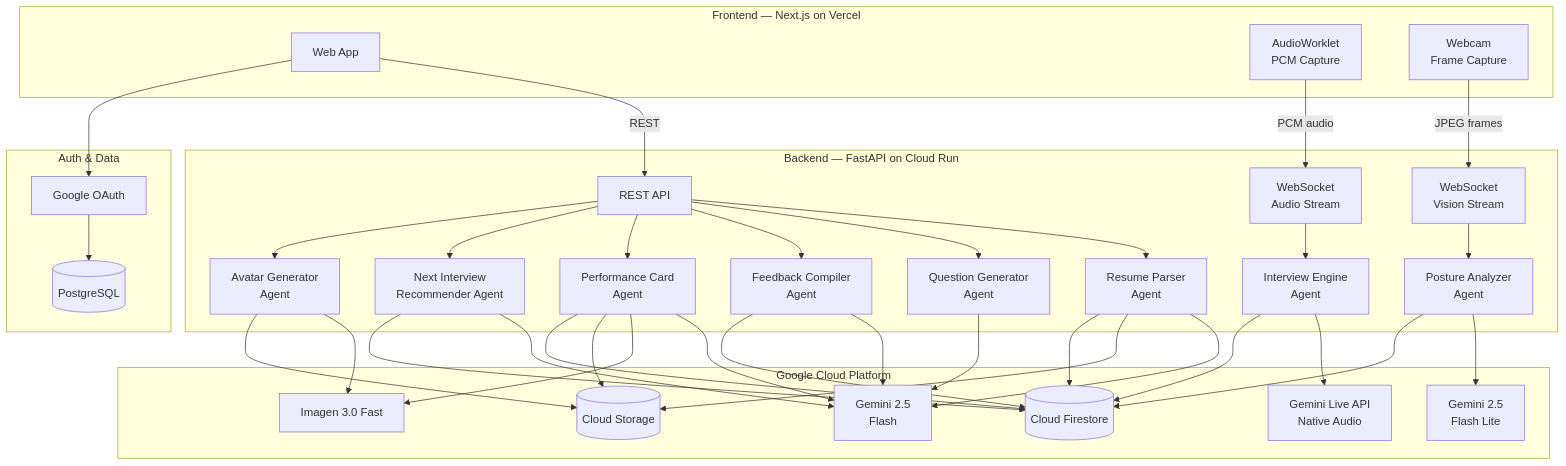
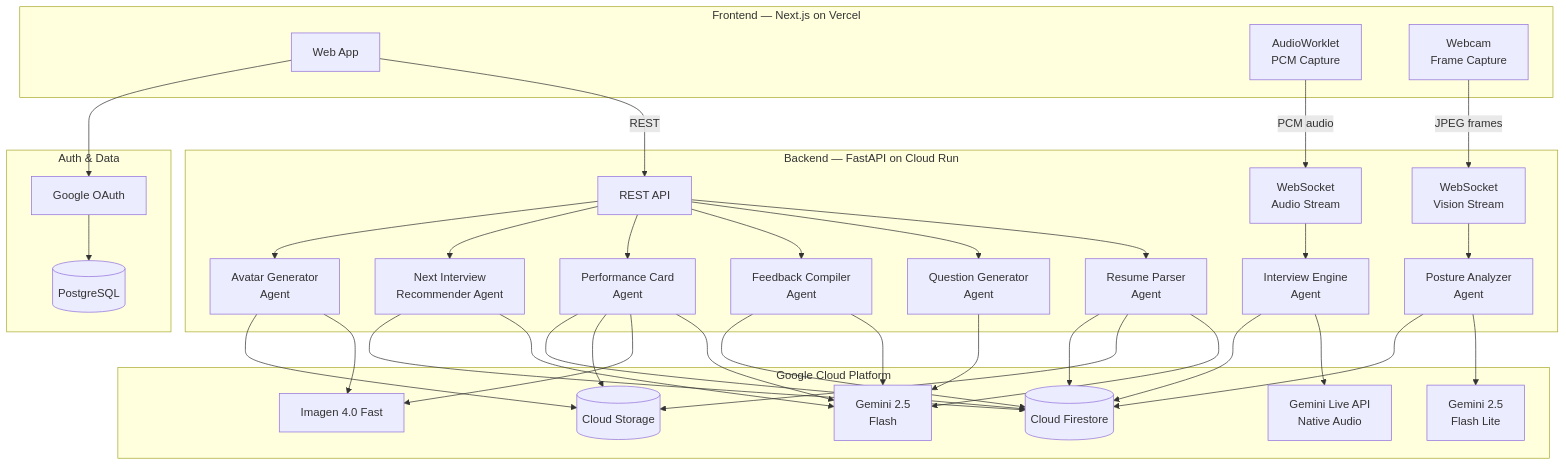
Before and after one commit to mockmate-app/mockmate: the first of 3 diagrams in README.md, drawn with Mermaid. The commit also changed other lines of this file and 8 other files, not shown here.

````diff
--- a/README.md
+++ b/README.md
@@ -78,56 +78,56 @@
 ```mermaid
 graph TB
     subgraph "Frontend — Next.js on Vercel"
         UI[Web App]
         AW[AudioWorklet<br/>PCM Capture]
         WC[Webcam<br/>Frame Capture]
     end
 
     subgraph "Backend — FastAPI on Cloud Run"
         API[REST API]
         WSA[WebSocket<br/>Audio Stream]
         WSV[WebSocket<br/>Vision Stream]
         RP[Resume Parser<br/>Agent]
         QG[Question Generator<br/>Agent]
         IE[Interview Engine<br/>Agent]
         PA[Posture Analyzer<br/>Agent]
         FC[Feedback Compiler<br/>Agent]
         PC[Performance Card<br/>Agent]
         NR[Next Interview<br/>Recommender Agent]
         IA[Avatar Generator<br/>Agent]
     end
 
     subgraph "Google Cloud Platform"
         GLA[Gemini Live API<br/>Native Audio]
         GF[Gemini 2.5<br/>Flash]
         GFL[Gemini 2.5<br/>Flash Lite]
-        IG[Imagen 3.0 Fast]
+        IG[Imagen 4.0 Fast]
         FS[(Cloud Firestore)]
         GCS[(Cloud Storage)]
     end
 
     subgraph "Auth & Data"
         GA[Google OAuth]
         PG[(PostgreSQL)]
     end
 
     UI -- REST --> API
     AW -- PCM audio --> WSA
     WC -- JPEG frames --> WSV
 
     API --> RP & QG & FC & PC & NR & IA
     WSA --> IE
     WSV --> PA
 
     RP --> GF & GCS & FS
     QG --> GF
     IE --> GLA & FS
     PA --> GFL & FS
     FC --> GF & FS
     PC --> GF & IG & GCS & FS
     NR --> GF & FS
     IA --> IG & GCS
 
     UI --> GA
     GA --> PG
 ```
````
